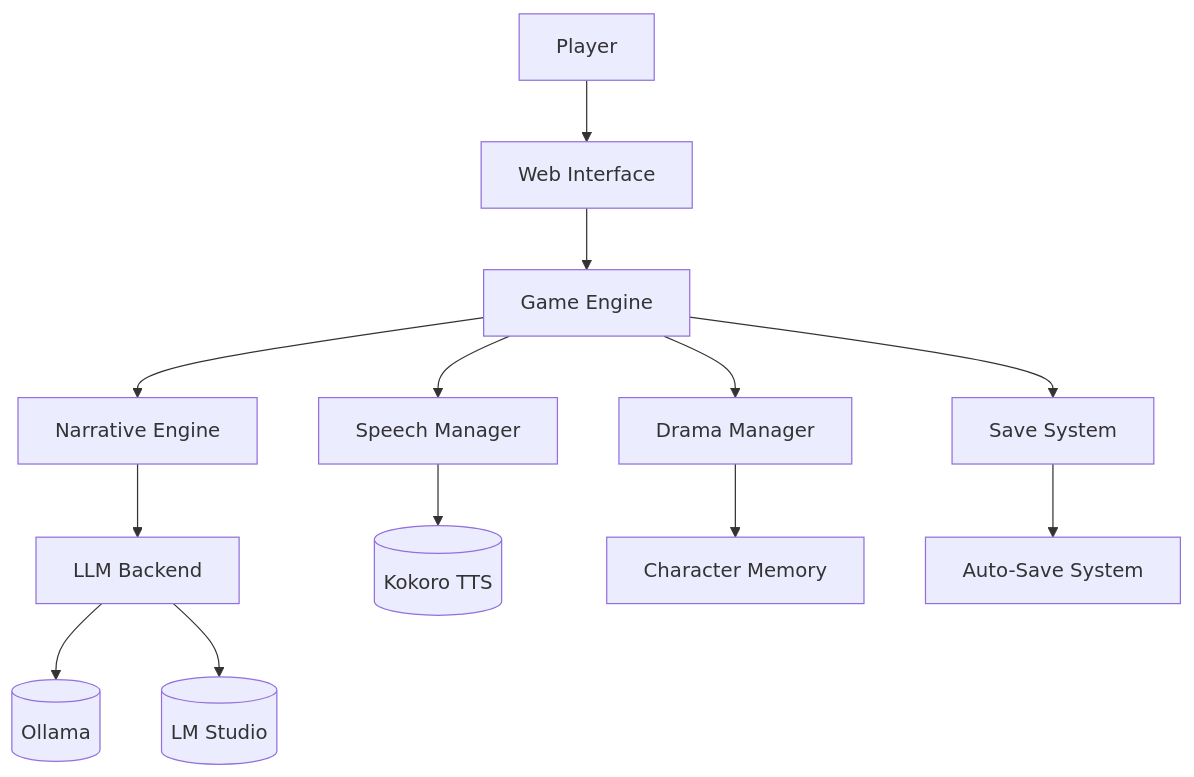
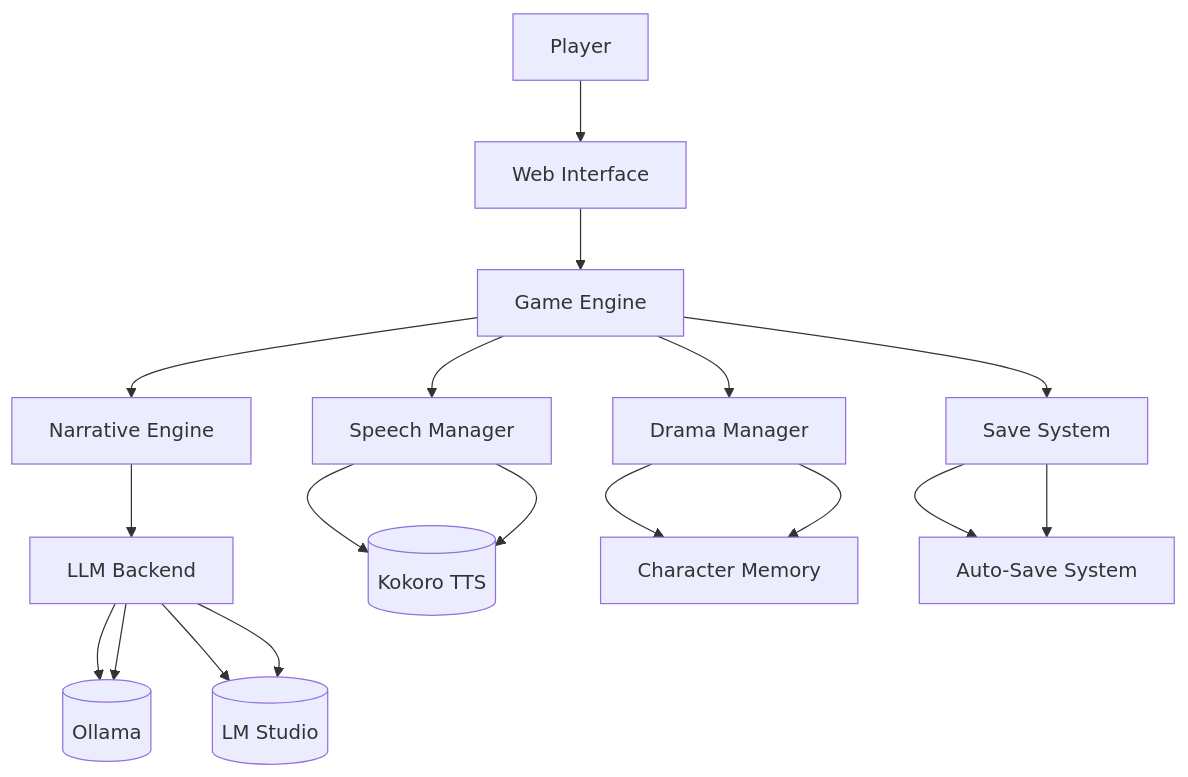
Before and after one commit to SparxCinTech/InteractiveStoryGame: the diagram in README.md, drawn with Mermaid. The commit also changed other lines of this file and 1 other file, not shown here.

````diff
--- a/README.md
+++ b/README.md
@@ -29,15 +29,20 @@
 ```mermaid
 graph TD
     A[Player] --> B[Web Interface]
     B --> C[Game Engine]
     C --> D[Narrative Engine]
     C --> E[Drama Manager]
     C --> F[Save System]
     C --> G[Speech Manager]
     D --> H[LLM Backend]
     H --> I[(Ollama)]
     H --> J[(LM Studio)]
     G --> K[(Kokoro TTS)]
     E --> L[Character Memory]
     F --> M[Auto-Save System]
+    H --> I[(Ollama)]
+    H --> J[(LM Studio)]
+    G --> K[(Kokoro TTS)]
+    E --> L[Character Memory]
+    F --> M[Auto-Save System]
 ```
````
